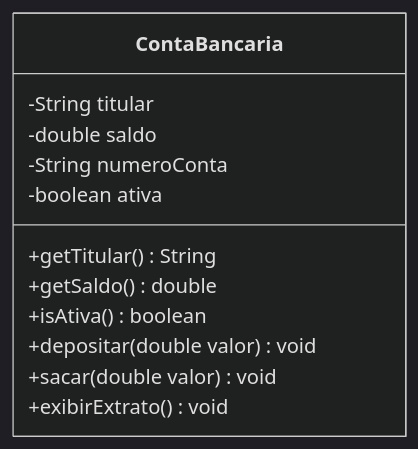
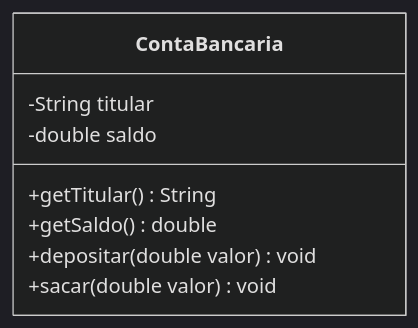
One commit to adrianohmf/POO-com-Java-25LTS changed the diagram in 06-encapsulamento/README.md. Above: the diagram before and after it, drawn with Mermaid (dark theme). The commit also changed other lines of this file, not shown here.

First line of the commit message:
Encapsulamento: simplifica o exemplo da conta bancária

````diff
--- a/06-encapsulamento/README.md
+++ b/06-encapsulamento/README.md
@@ -135,15 +135,11 @@
 ```mermaid
 classDiagram
     class ContaBancaria {
         -String titular
         -double saldo
-        -String numeroConta
-        -boolean ativa
         +getTitular() String
         +getSaldo() double
-        +isAtiva() boolean
         +depositar(double valor) void
         +sacar(double valor) void
-        +exibirExtrato() void
     }
 ```
````
